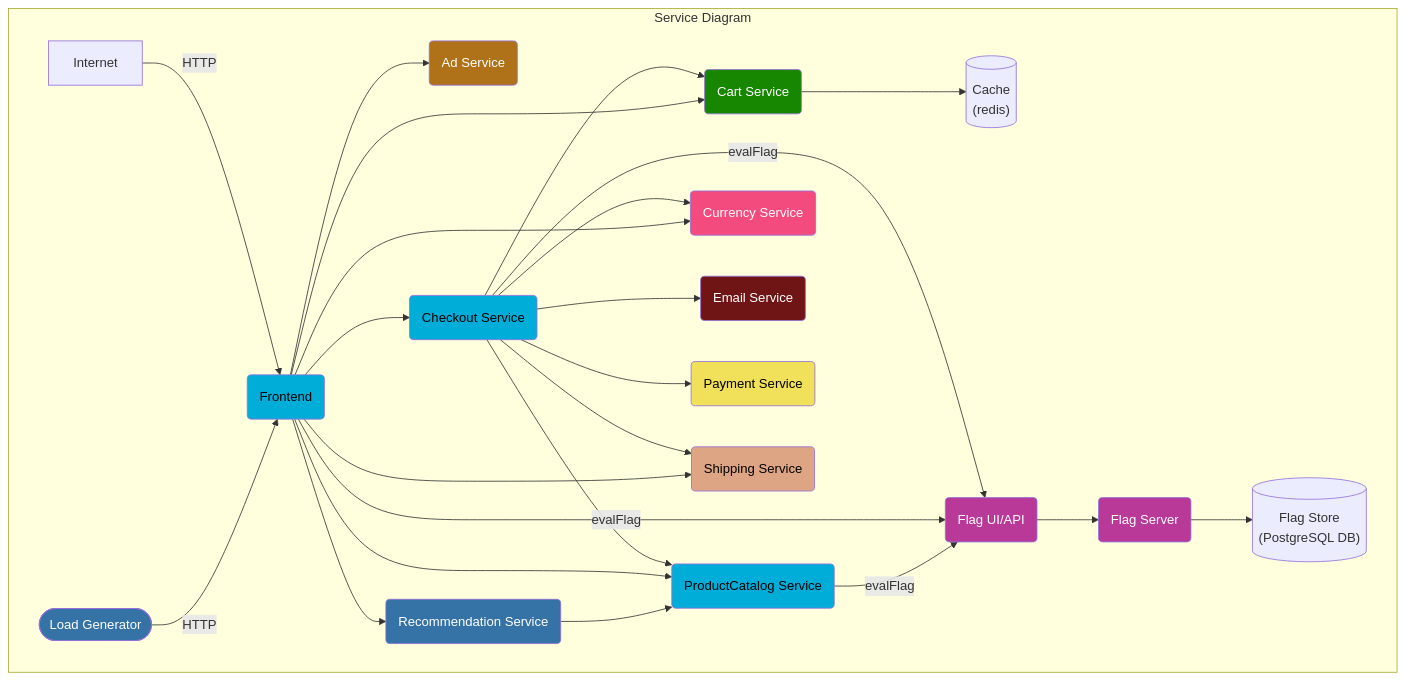
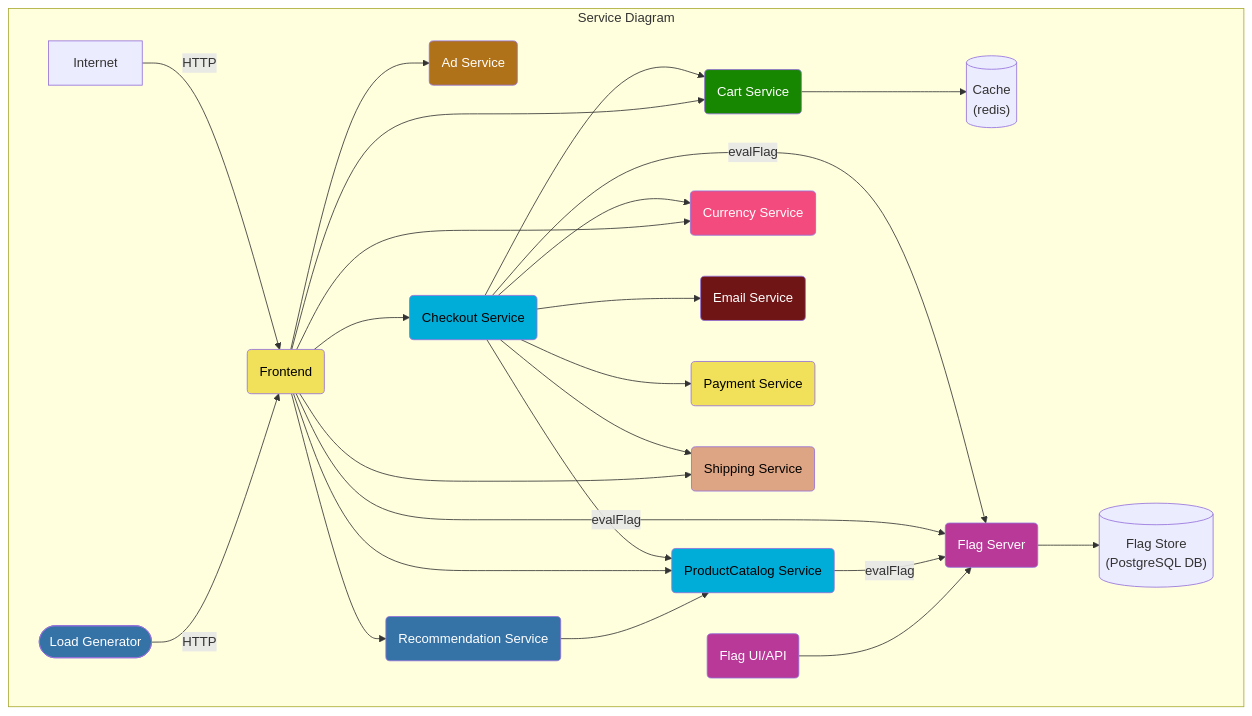
One commit to village-chat/opentelemetry-demo-bench changed the first of 2 diagrams in README.md. Above: the diagram before and after it, drawn with Mermaid. The commit also changed other lines of this file and 13 other files, not shown here.

````diff
--- a/README.md
+++ b/README.md
@@ -150,57 +150,57 @@
 ```mermaid
 graph TD
 
 subgraph Service Diagram
 adservice(Ad Service):::java
 cache[(Cache<br/>&#40redis&#41)]
 cartservice(Cart Service):::dotnet
 checkoutservice(Checkout Service):::golang
 currencyservice(Currency Service):::cpp
 emailservice(Email Service):::ruby
-frontend(Frontend):::golang
+frontend(Frontend):::javascript
 loadgenerator([Load Generator]):::python
-paymentservice(Payment Service):::nodejs
+paymentservice(Payment Service):::javascript
 productcatalogservice(ProductCatalog Service):::golang
 recommendationservice(Recommendation Service):::python
 shippingservice(Shipping Service):::rust
 
 Internet -->|HTTP| frontend
 loadgenerator -->|HTTP| frontend
 
 checkoutservice --> cartservice --> cache
 checkoutservice --> productcatalogservice
 checkoutservice --> currencyservice
 checkoutservice --> emailservice
 checkoutservice --> paymentservice
 checkoutservice --> shippingservice
-checkoutservice --> |evalFlag| featureflagfeservice
+checkoutservice --> |evalFlag| featureflagbeservice
 
 frontend --> adservice
 frontend --> cartservice
 frontend --> productcatalogservice
 frontend --> checkoutservice
 frontend --> currencyservice
 frontend --> recommendationservice --> productcatalogservice
 frontend --> shippingservice
-frontend --> |evalFlag| featureflagfeservice
+frontend --> |evalFlag| featureflagbeservice
 
-productcatalogservice --> |evalFlag| featureflagfeservice
+productcatalogservice --> |evalFlag| featureflagbeservice
 
 featureflagbeservice(Flag Server):::erlang
 featureflagfeservice(Flag UI/API):::erlang
 featureflagstore[(Flag Store<br/>&#40PostgreSQL DB&#41)]
 
 featureflagfeservice --> featureflagbeservice --> featureflagstore
 
 end
 classDef java fill:#b07219,color:white;
 classDef dotnet fill:#178600,color:white;
 classDef golang fill:#00add8,color:black;
 classDef cpp fill:#f34b7d,color:white;
 classDef ruby fill:#701516,color:white;
 classDef python fill:#3572A5,color:white;
-classDef nodejs fill:#f1e05a,color:black;
+classDef javascript fill:#f1e05a,color:black;
 classDef rust fill:#dea584,color:black;
 classDef erlang fill:#b83998,color:white;
 classDef php fill:#4f5d95,color:white;
 ```
````
